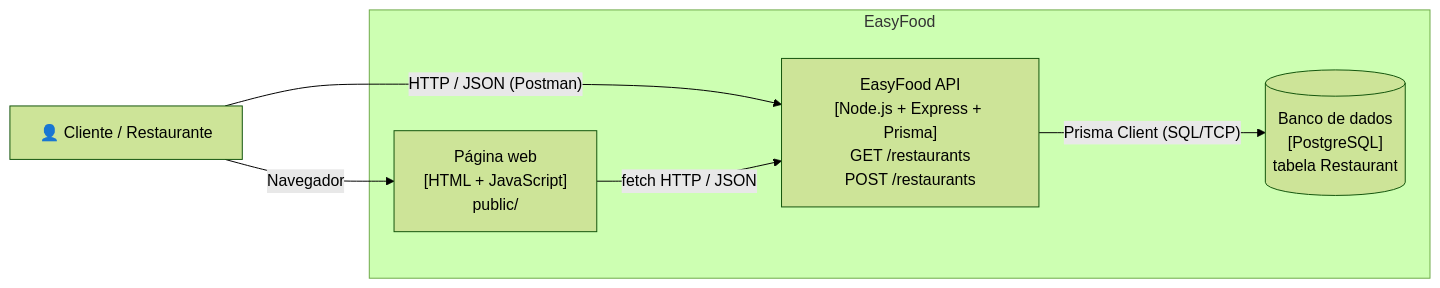
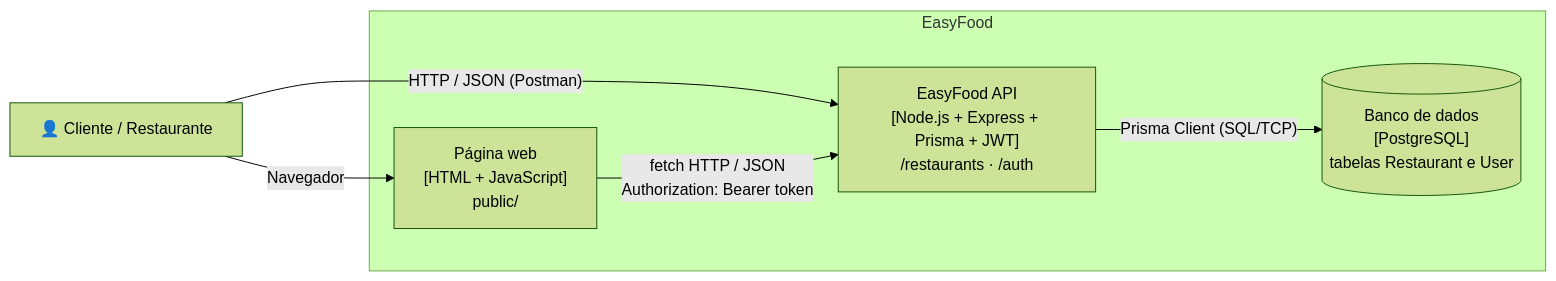
One commit to RafaellosAO10/projeto_easyfood_arquitetura_de_software changed the second of 3 diagrams in docs/arquitetura/c4-model.md. Above: the diagram before and after it, drawn with Mermaid (forest theme). The commit also changed other lines of this file and 2 other files, not shown here.

````diff
--- a/docs/arquitetura/c4-model.md
+++ b/docs/arquitetura/c4-model.md
@@ -23,15 +23,15 @@
 ```mermaid
 flowchart LR
     usuario["👤 Cliente / Restaurante"]
 
     subgraph easyfood["EasyFood"]
         web["Página web<br/>[HTML + JavaScript]<br/>public/"]
-        api["EasyFood API<br/>[Node.js + Express + Prisma]<br/>GET /restaurants<br/>POST /restaurants"]
-        db[("Banco de dados<br/>[PostgreSQL]<br/>tabela Restaurant")]
+        api["EasyFood API<br/>[Node.js + Express + Prisma + JWT]<br/>/restaurants · /auth"]
+        db[("Banco de dados<br/>[PostgreSQL]<br/>tabelas Restaurant e User")]
     end
 
     usuario -- "Navegador" --> web
     usuario -- "HTTP / JSON (Postman)" --> api
-    web -- "fetch HTTP / JSON" --> api
+    web -- "fetch HTTP / JSON<br/>Authorization: Bearer token" --> api
     api -- "Prisma Client (SQL/TCP)" --> db
 ```
````
